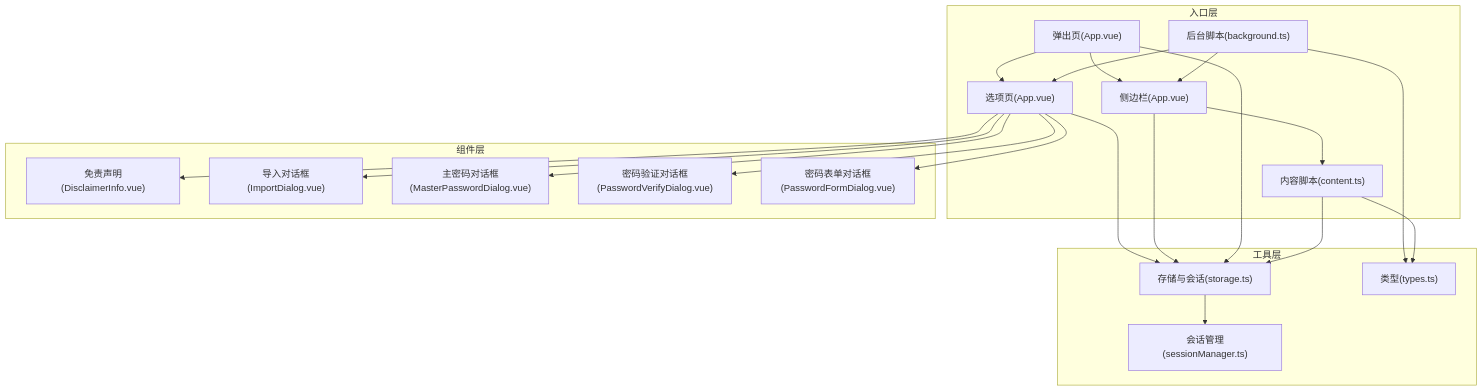
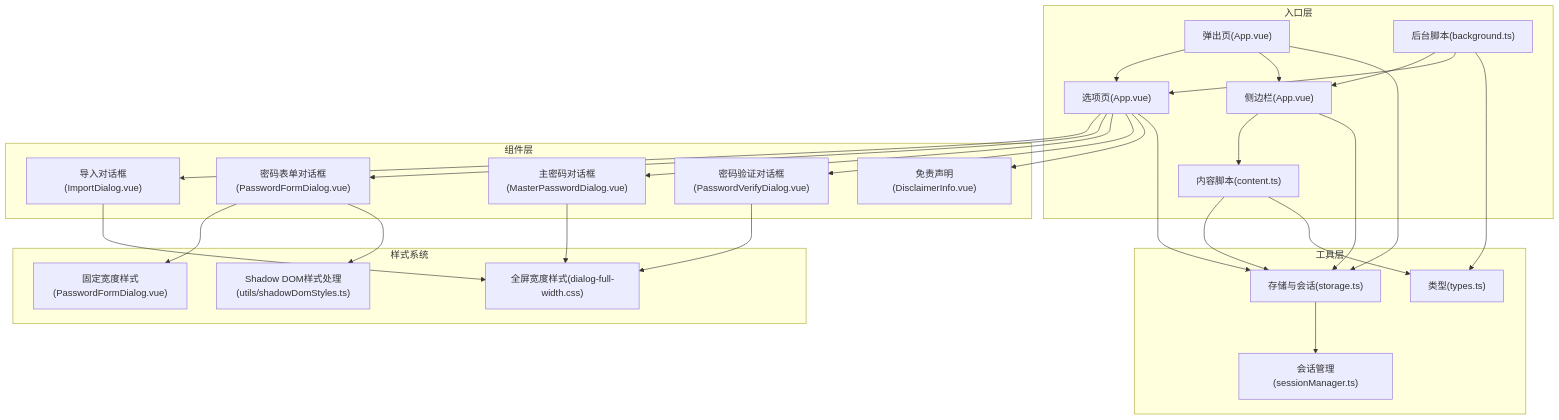
The first of 6 diagrams in .qoder/repowiki/zh/content/用户界面组件/用户界面组件.md (liaolongdong/account-password-helper), drawn with Mermaid before and after one commit. The commit also changed other lines of this file and 23 other files, not shown here.

````diff
--- a/.qoder/repowiki/zh/content/用户界面组件/用户界面组件.md
+++ b/.qoder/repowiki/zh/content/用户界面组件/用户界面组件.md
@@ -52,39 +67,49 @@
 ```mermaid
 graph TB
 subgraph "入口层"
 Options["选项页(App.vue)"]
 Popup["弹出页(App.vue)"]
 SidePanel["侧边栏(App.vue)"]
 Background["后台脚本(background.ts)"]
 Content["内容脚本(content.ts)"]
 end
 subgraph "组件层"
 Discl["免责声明(DisclaimerInfo.vue)"]
 ImportDlg["导入对话框(ImportDialog.vue)"]
 MasterDlg["主密码对话框(MasterPasswordDialog.vue)"]
 VerifyDlg["密码验证对话框(PasswordVerifyDialog.vue)"]
 FormDlg["密码表单对话框(PasswordFormDialog.vue)"]
+end
+subgraph "样式系统"
+FullWidthCSS["全屏宽度样式(dialog-full-width.css)"]
+FixedWidthCSS["固定宽度样式(PasswordFormDialog.vue)"]
+ShadowDom["Shadow DOM样式处理(utils/shadowDomStyles.ts)"]
 end
 subgraph "工具层"
 Storage["存储与会话(storage.ts)"]
 SessionMgr["会话管理(sessionManager.ts)"]
 Types["类型(types.ts)"]
 end
 Options --> ImportDlg
 Options --> FormDlg
 Options --> MasterDlg
 Options --> VerifyDlg
 Options --> Discl
 Popup --> Options
 Popup --> SidePanel
 SidePanel --> Content
 Background --> SidePanel
 Background --> Options
 Options --> Storage
 SidePanel --> Storage
 Popup --> Storage
 Content --> Storage
 Storage --> SessionMgr
 Background --> Types
 Content --> Types
+ImportDlg --> FullWidthCSS
+MasterDlg --> FullWidthCSS
+VerifyDlg --> FullWidthCSS
+FormDlg --> FixedWidthCSS
+FormDlg --> ShadowDom
 ```
````
